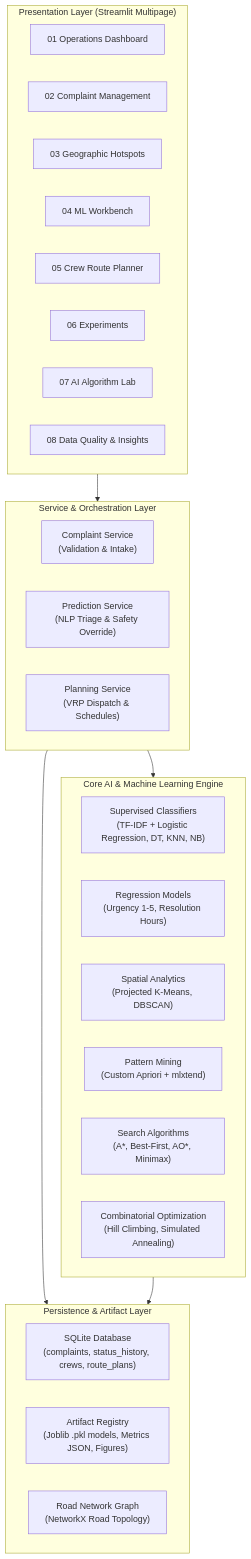
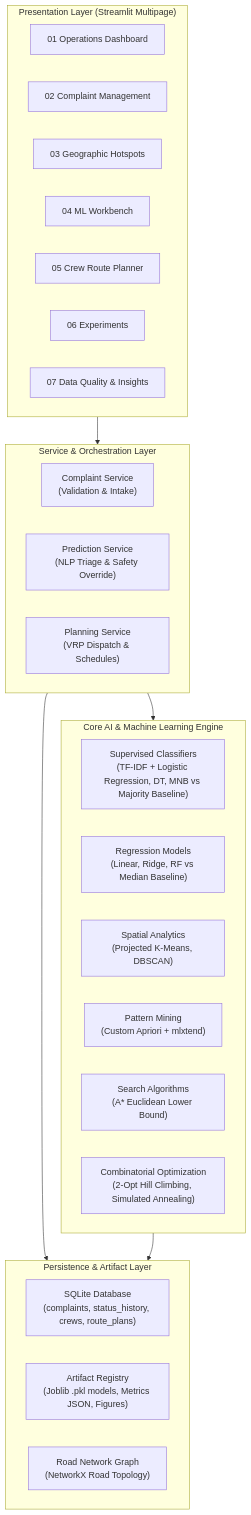
The diagram in docs/architecture.md (mihirabhalerao/GrievanceRoute), drawn with Mermaid before and after one commit. The commit also changed other lines of this file and 36 other files, not shown here.

````diff
--- a/docs/architecture.md
+++ b/docs/architecture.md
@@ -10,39 +10,38 @@
 ```mermaid
 graph TD
     subgraph UI ["Presentation Layer (Streamlit Multipage)"]
         UI1["01 Operations Dashboard"]
         UI2["02 Complaint Management"]
         UI3["03 Geographic Hotspots"]
         UI4["04 ML Workbench"]
         UI5["05 Crew Route Planner"]
         UI6["06 Experiments"]
-        UI7["07 AI Algorithm Lab"]
-        UI8["08 Data Quality & Insights"]
+        UI7["07 Data Quality & Insights"]
     end
 
     subgraph Service ["Service & Orchestration Layer"]
         S1["Complaint Service<br/>(Validation & Intake)"]
         S2["Prediction Service<br/>(NLP Triage & Safety Override)"]
         S3["Planning Service<br/>(VRP Dispatch & Schedules)"]
     end
 
     subgraph Core ["Core AI & Machine Learning Engine"]
-        ML1["Supervised Classifiers<br/>(TF-IDF + Logistic Regression, DT, KNN, NB)"]
-        ML2["Regression Models<br/>(Urgency 1-5, Resolution Hours)"]
+        ML1["Supervised Classifiers<br/>(TF-IDF + Logistic Regression, DT, MNB vs Majority Baseline)"]
+        ML2["Regression Models<br/>(Linear, Ridge, RF vs Median Baseline)"]
         ML3["Spatial Analytics<br/>(Projected K-Means, DBSCAN)"]
         ML4["Pattern Mining<br/>(Custom Apriori + mlxtend)"]
-        AI1["Search Algorithms<br/>(A*, Best-First, AO*, Minimax)"]
-        AI2["Combinatorial Optimization<br/>(Hill Climbing, Simulated Annealing)"]
+        AI1["Search Algorithms<br/>(A* Euclidean Lower Bound)"]
+        AI2["Combinatorial Optimization<br/>(2-Opt Hill Climbing, Simulated Annealing)"]
     end
 
     subgraph Storage ["Persistence & Artifact Layer"]
         DB["SQLite Database<br/>(complaints, status_history, crews, route_plans)"]
         AR["Artifact Registry<br/>(Joblib .pkl models, Metrics JSON, Figures)"]
         NET["Road Network Graph<br/>(NetworkX Road Topology)"]
     end
 
     UI --> Service
     Service --> Core
     Service --> Storage
     Core --> Storage
 ```
````
